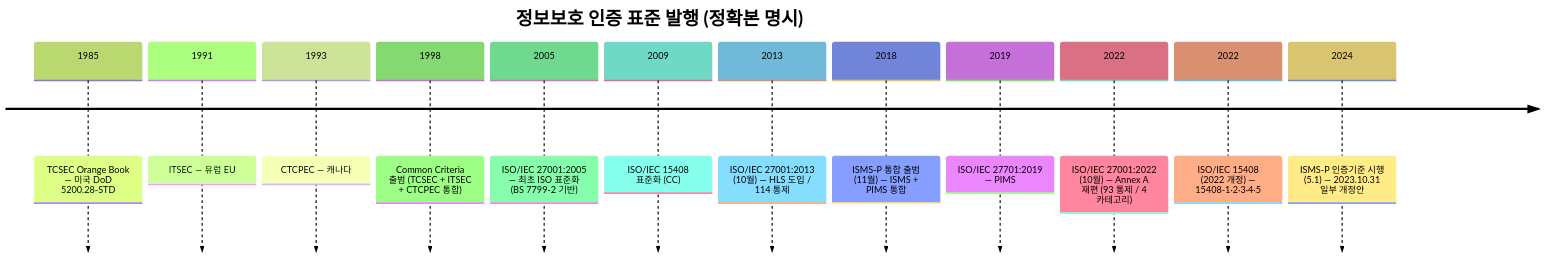
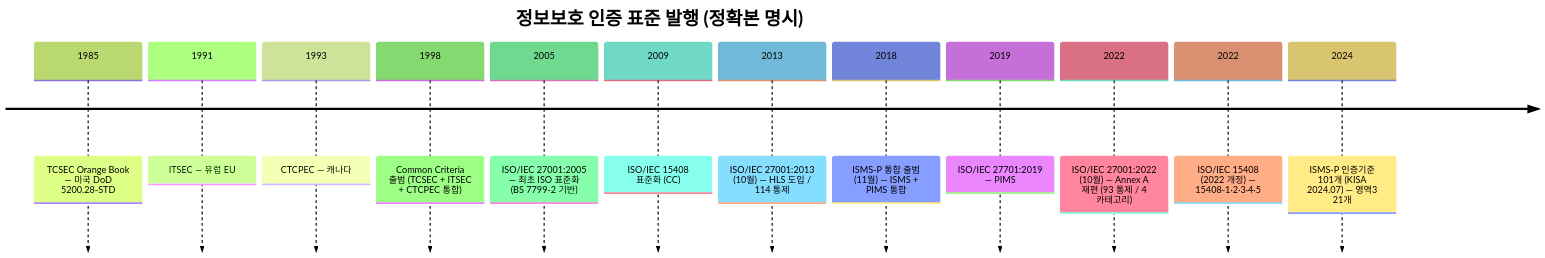
Before and after one commit to ianrang/cs-study: the first of 5 diagrams in cs/information-security/study/05.management-and-law/05.certifications.md, drawn with Mermaid (forest theme). The commit also changed other lines of this file and 1 other file, not shown here.

````diff
--- a/cs/information-security/study/05.management-and-law/05.certifications.md
+++ b/cs/information-security/study/05.management-and-law/05.certifications.md
@@ -569,16 +575,16 @@
 ```mermaid
 timeline
     title 정보보호 인증 표준 발행 (정확본 명시)
     1985  : TCSEC Orange Book — 미국 DoD 5200.28-STD
     1991  : ITSEC — 유럽 EU
     1993  : CTCPEC — 캐나다
     1998  : Common Criteria 출범 (TCSEC + ITSEC + CTCPEC 통합)
     2005  : ISO/IEC 27001:2005 — 최초 ISO 표준화 (BS 7799-2 기반)
     2009  : ISO/IEC 15408 표준화 (CC)
     2013  : ISO/IEC 27001:2013 (10월) — HLS 도입 / 114 통제
     2018  : ISMS-P 통합 출범 (11월) — ISMS + PIMS 통합
     2019  : ISO/IEC 27701:2019 — PIMS
     2022  : ISO/IEC 27001:2022 (10월) — Annex A 재편 (93 통제 / 4 카테고리)
     2022  : ISO/IEC 15408 (2022 개정) — 15408-1·2·3·4·5
-    2024  : ISMS-P 인증기준 시행 (5.1) — 2023.10.31 일부 개정안
+    2024  : ISMS-P 인증기준 101개 (KISA 2024.07) — 영역3 21개
 ```
````
